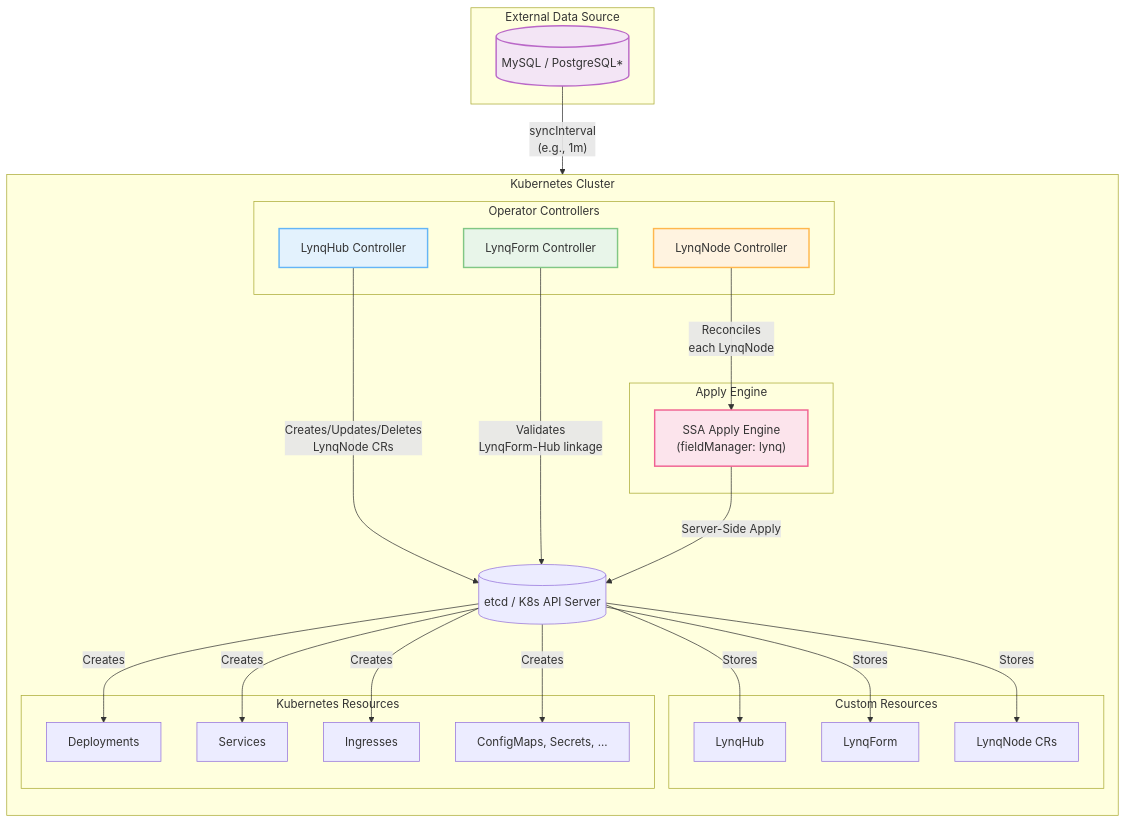
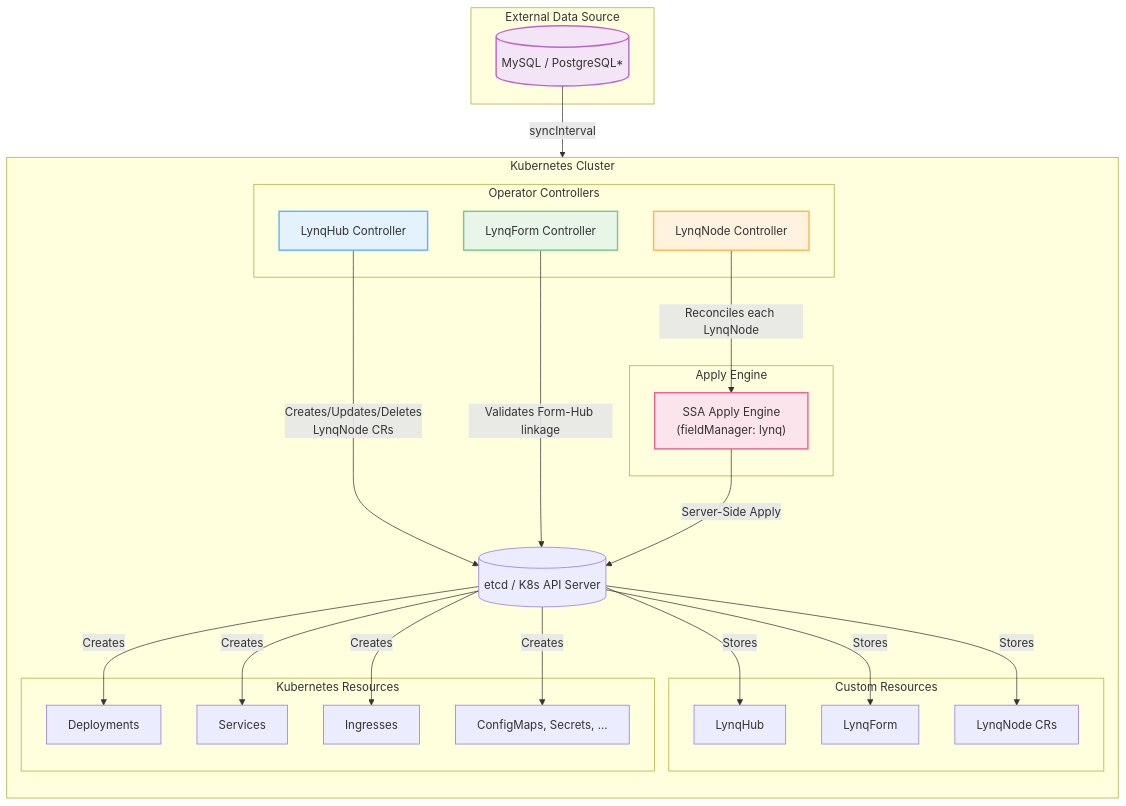
One commit to k8s-lynq/lynq changed the first of 2 diagrams in docs/architecture.md. Above: the diagram before and after it, drawn with Mermaid. The commit also changed other lines of this file and 40 other files, not shown here.

````diff
--- a/docs/architecture.md
+++ b/docs/architecture.md
@@ -11,56 +11,56 @@
 ```mermaid
 flowchart TB
     subgraph External["External Data Source"]
         DB[(MySQL / PostgreSQL*)]
     end
 
     subgraph Cluster["Kubernetes Cluster"]
         direction TB
 
         subgraph Controllers["Operator Controllers"]
             RC[LynqHub Controller]
             TC[LynqForm Controller]
             TNC[LynqNode Controller]
         end
 
         subgraph CRDs["Custom Resources"]
             TR[LynqHub]
             TT[LynqForm]
             T[LynqNode CRs]
         end
 
         subgraph Engine["Apply Engine"]
             SSA["SSA Apply Engine<br/>(fieldManager: lynq)"]
         end
 
         subgraph Resources["Kubernetes Resources"]
             DEP[Deployments]
             SVC[Services]
             ING[Ingresses]
             etc[ConfigMaps, Secrets, ...]
         end
 
         API[(etcd / K8s API Server)]
     end
 
-    DB -->|"syncInterval<br/>(e.g., 1m)"| RC
+    DB -->|"syncInterval"| RC
     RC -->|"Creates/Updates/Deletes<br/>LynqNode CRs"| API
     API -->|"Stores"| TR
     API -->|"Stores"| TT
     API -->|"Stores"| T
 
-    TC -->|"Validates<br/>LynqForm-Hub linkage"| API
-    TNC -->|"Reconciles<br/>each LynqNode"| SSA
+    TC -->|"Validates Form-Hub linkage"| API
+    TNC -->|"Reconciles each LynqNode"| SSA
     SSA -->|"Server-Side Apply"| API
 
     API -->|"Creates"| DEP
     API -->|"Creates"| SVC
     API -->|"Creates"| ING
     API -->|"Creates"| etc
 
     style RC fill:#e3f2fd,stroke:#64b5f6,stroke-width:2px
     style TC fill:#e8f5e9,stroke:#81c784,stroke-width:2px
     style TNC fill:#fff3e0,stroke:#ffb74d,stroke-width:2px
     style SSA fill:#fce4ec,stroke:#f06292,stroke-width:2px
     style DB fill:#f3e5f5,stroke:#ba68c8,stroke-width:2px
 ```
````
